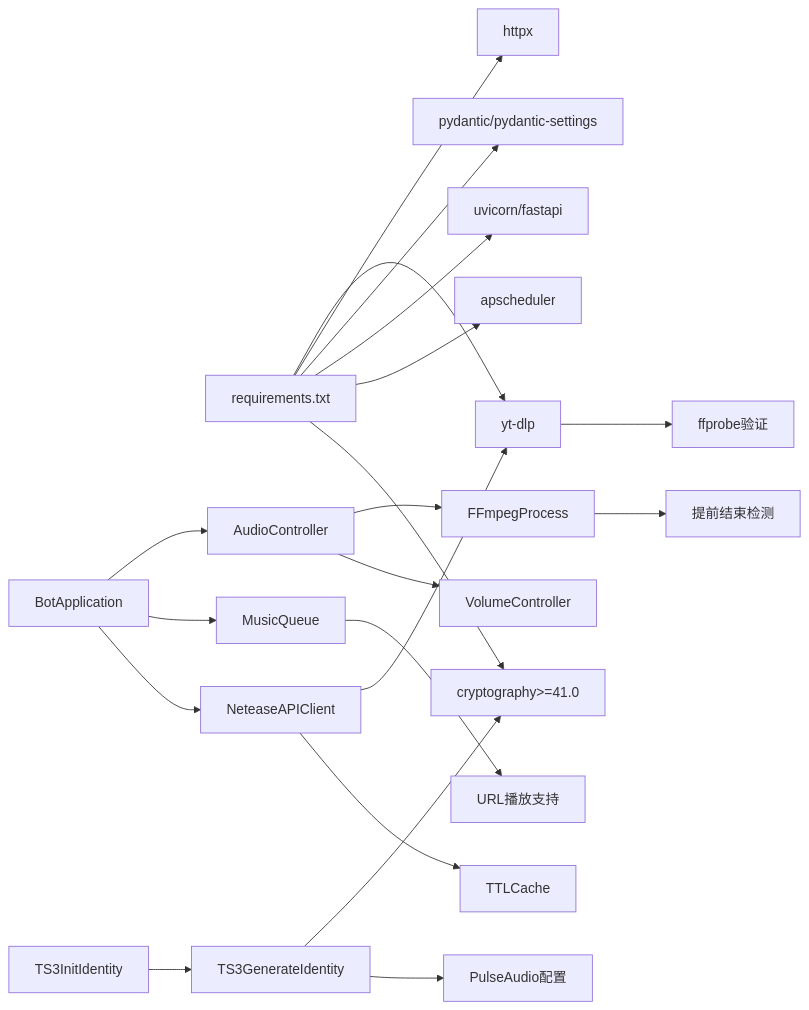
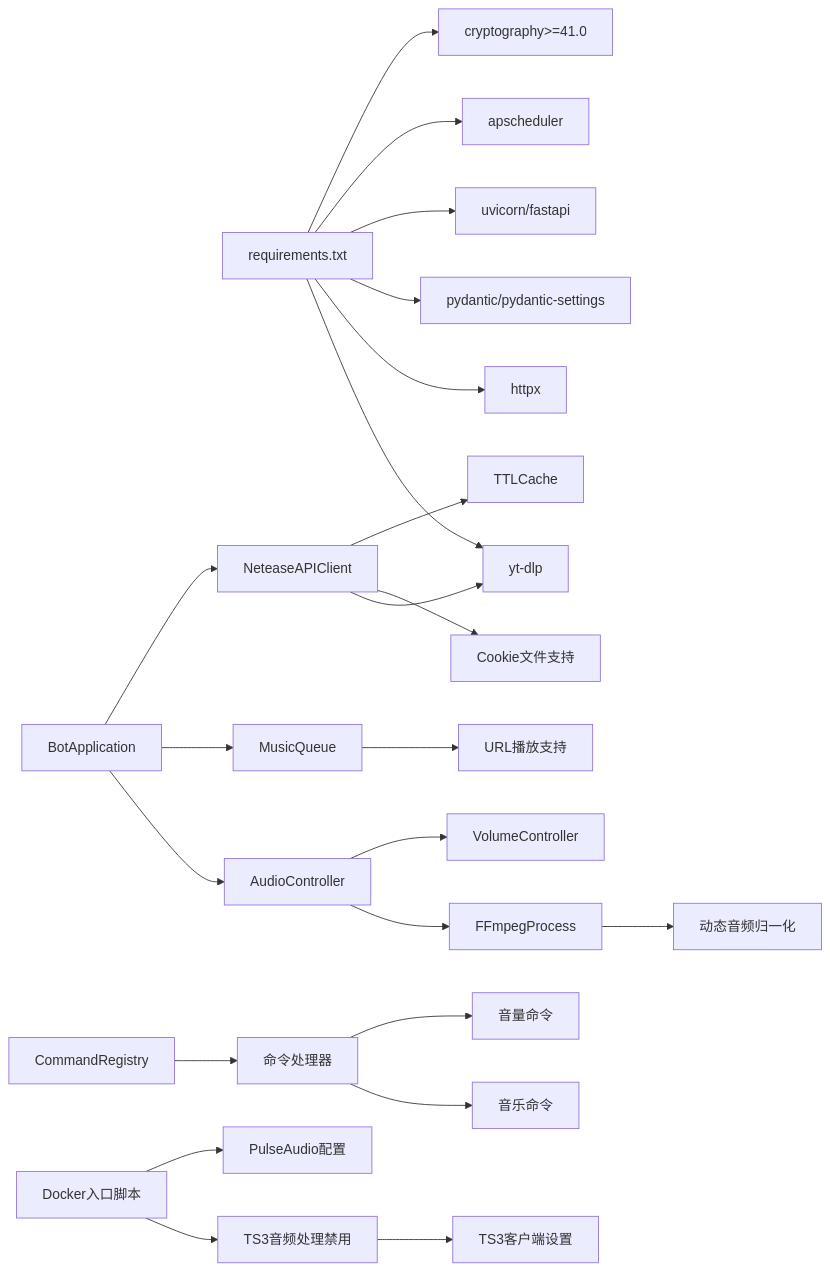
Diagram 12 of 12 in .qoder/repowiki/zh/content/音乐播放系统/音乐播放系统.md (GhoulOwl/Teamspeak3_Bot), drawn with Mermaid before and after one commit. The commit also changed other lines of this file and 13 other files, not shown here.

````diff
--- a/.qoder/repowiki/zh/content/音乐播放系统/音乐播放系统.md
+++ b/.qoder/repowiki/zh/content/音乐播放系统/音乐播放系统.md
@@ -616,22 +736,25 @@
 ```mermaid
 graph LR
 REQ["requirements.txt"] --> YT["yt-dlp"]
 REQ --> HTTPX["httpx"]
 REQ --> PYD["pydantic/pydantic-settings"]
 REQ --> UV["uvicorn/fastapi"]
 REQ --> APS["apscheduler"]
 REQ --> CRYPTO["cryptography>=41.0"]
 APP["BotApplication"] --> CTRL["AudioController"]
 APP --> QUEUE["MusicQueue"]
 APP --> NET["NeteaseAPIClient"]
 CTRL --> FFMPEG["FFmpegProcess"]
 CTRL --> VOL["VolumeController"]
 NET --> YT
+NET --> COOKIE["Cookie文件支持"]
 NET --> CACHE["TTLCache"]
 QUEUE --> URL["URL播放支持"]
-FFMPEG --> PREMATURE["提前结束检测"]
-YT --> FFPROBE["ffprobe验证"]
-TS3INIT["TS3InitIdentity"] --> TS3GEN["TS3GenerateIdentity"]
-TS3GEN --> CRYPTO
-TS3GEN --> AUDIOCFG["PulseAudio配置"]
+FFMPEG --> DYN["动态音频归一化"]
+REG["CommandRegistry"] --> CMD["命令处理器"]
+CMD --> MUSIC["音乐命令"]
+CMD --> VOLCMD["音量命令"]
+ENTRY["Docker入口脚本"] --> TS3PROC["TS3音频处理禁用"]
+ENTRY --> PULSE["PulseAudio配置"]
+TS3PROC --> TS3CLIENT["TS3客户端设置"]
 ```
````
